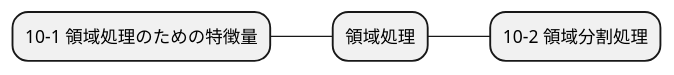
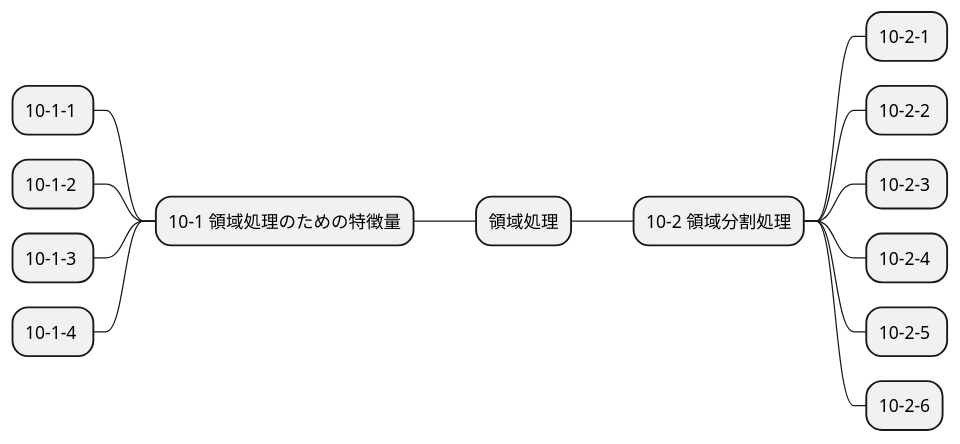
Before and after one commit to Takayoshi-Matsuyama/image_processing: the diagram in mindmap/img_proc_expert_10.puml, drawn with PlantUML. The commit also changed 16 other files, not shown here.

Commit message:
mindmap ex numbers

```diff
--- a/mindmap/img_proc_expert_10.puml
+++ b/mindmap/img_proc_expert_10.puml
@@ -1,5 +1,15 @@
 @startmindmap img_proc_expert_10
 + 領域処理
 -- 10-1 領域処理のための特徴量
+--- 10-1-1 
+--- 10-1-2 
+--- 10-1-3 
+--- 10-1-4 
 ++ 10-2 領域分割処理
++++ 10-2-1 
++++ 10-2-2 
++++ 10-2-3 
++++ 10-2-4 
++++ 10-2-5 
++++ 10-2-6
 @endmindmap
```
